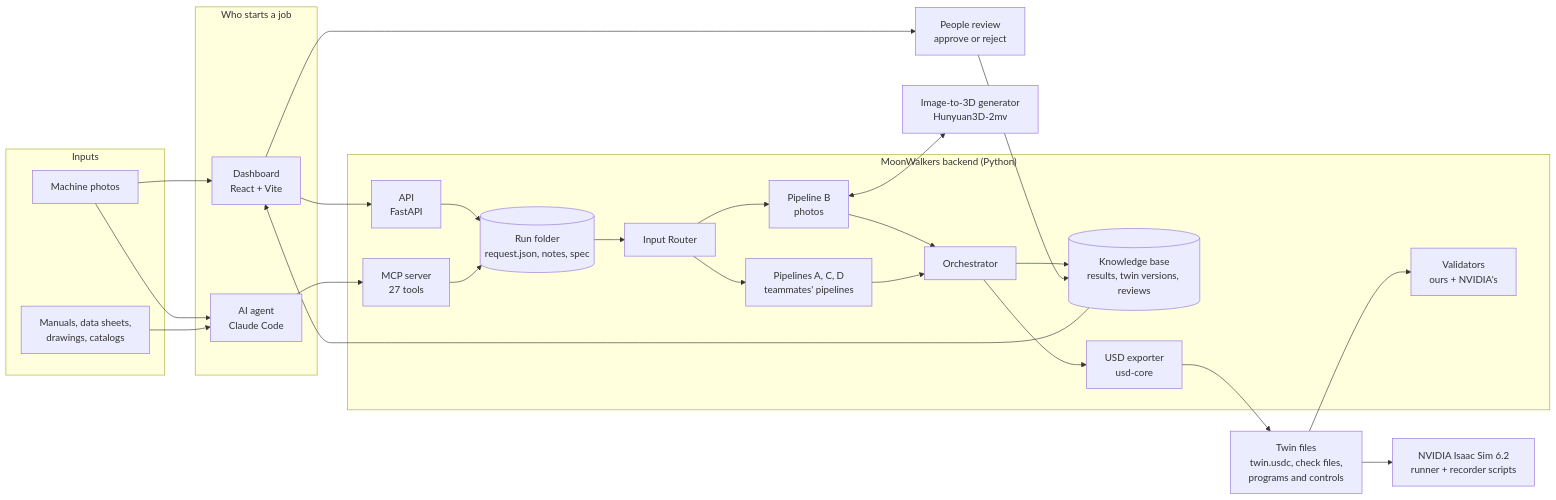
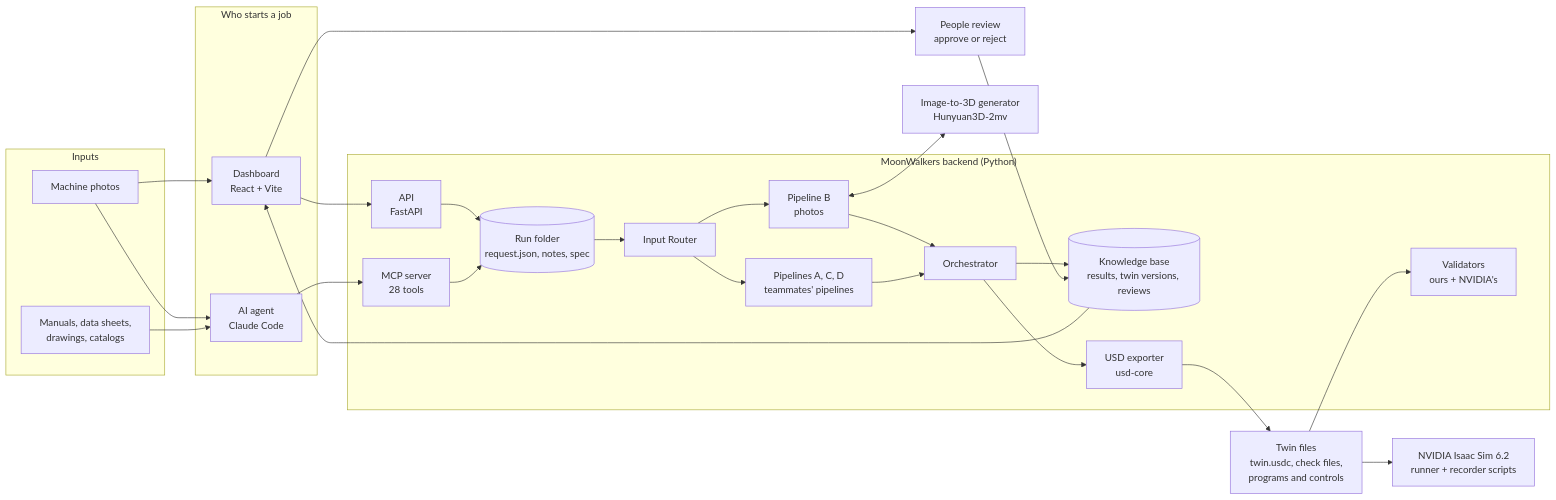
The first of 8 diagrams in docs/how-a-twin-is-built.md (DanSweet734/MoonWalkers---Multimodal-Digital-Twin-Generator), drawn with Mermaid before and after one commit. The commit also changed other lines of this file and 7 other files, not shown here.

````diff
--- a/docs/how-a-twin-is-built.md
+++ b/docs/how-a-twin-is-built.md
@@ -13,45 +13,45 @@
 ```mermaid
 flowchart LR
     subgraph IN["Inputs"]
         P["Machine photos"]
         D["Manuals, data sheets,<br/>drawings, catalogs"]
     end
     subgraph START["Who starts a job"]
         DASH["Dashboard<br/>React + Vite"]
         AG["AI agent<br/>Claude Code"]
     end
     subgraph PLATFORM["MoonWalkers backend (Python)"]
         API["API<br/>FastAPI"]
-        MCP["MCP server<br/>27 tools"]
+        MCP["MCP server<br/>28 tools"]
         RUN[("Run folder<br/>request.json, notes, spec")]
         ROUTER["Input Router"]
         PB["Pipeline B<br/>photos"]
         PACD["Pipelines A, C, D<br/>teammates' pipelines"]
         ORCH["Orchestrator"]
         KB[("Knowledge base<br/>results, twin versions, reviews")]
         EXP["USD exporter<br/>usd-core"]
         VAL["Validators<br/>ours + NVIDIA's"]
     end
     GEN["Image-to-3D generator<br/>Hunyuan3D-2mv"]
     OUT["Twin files<br/>twin.usdc, check files,<br/>programs and controls"]
     SIM["NVIDIA Isaac Sim 6.2<br/>runner + recorder scripts"]
     REV["People review<br/>approve or reject"]
 
     P --> DASH
     P --> AG
     D --> AG
     DASH --> API --> RUN
     AG --> MCP --> RUN
     RUN --> ROUTER
     ROUTER --> PB
     ROUTER --> PACD
     PB <--> GEN
     PB --> ORCH
     PACD --> ORCH
     ORCH --> KB
     ORCH --> EXP --> OUT
     OUT --> VAL
     OUT --> SIM
     KB --> DASH
     DASH --> REV --> KB
 ```
````
